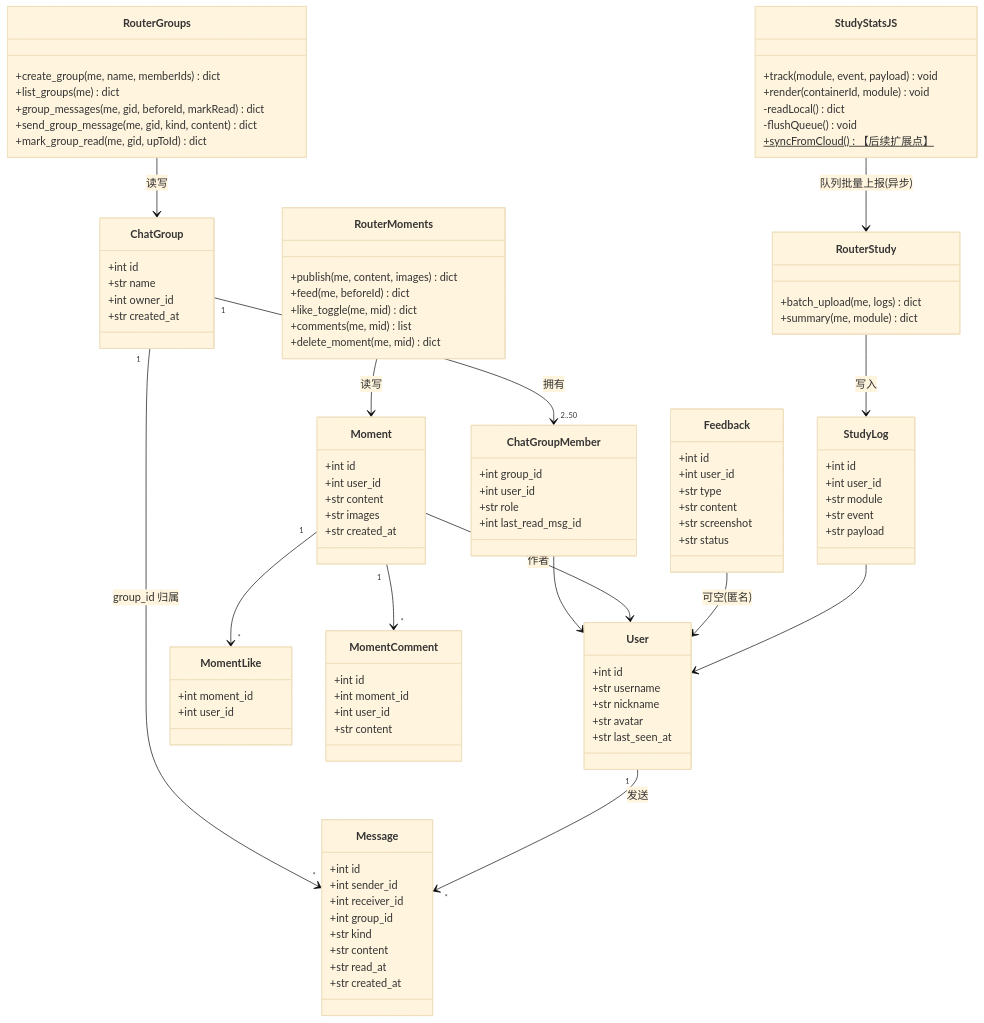
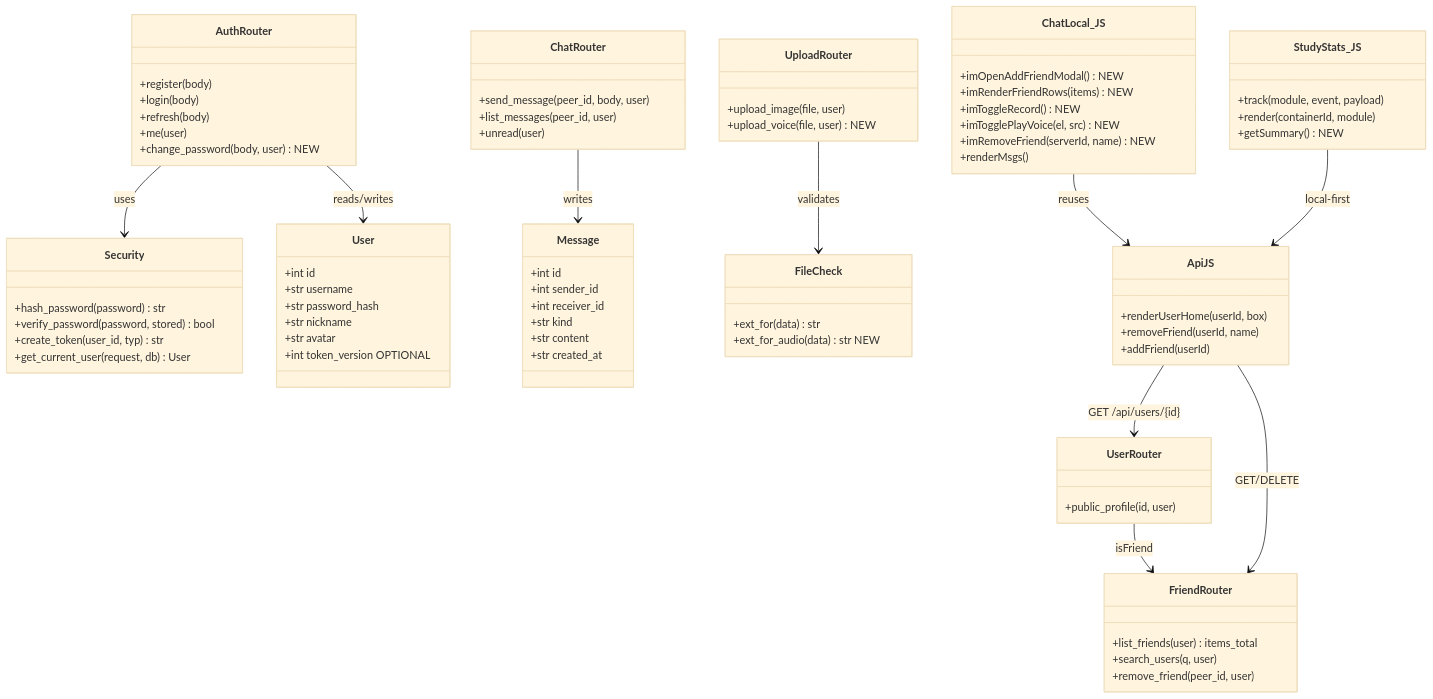
Before and after one commit to Li-jiu0/study-workbench: the diagram in docs/class-diagram.mermaid, drawn with Mermaid (base theme). The commit also changed 4 other files, not shown here.

Commit message:
docs: 归档 21 项最终需求的三份文档 —— 缺陷清单（QA 逐条复现）/增量PRD（三批次）/批次一增量架构设计（含类图·时序图更新）

```diff
--- a/docs/class-diagram.mermaid
+++ b/docs/class-diagram.mermaid
@@ -1,100 +1,78 @@
 classDiagram
+    class AuthRouter {
+        +register(body)
+        +login(body)
+        +refresh(body)
+        +me(user)
+        +change_password(body, user) NEW
+    }
+    class Security {
+        +hash_password(password) str
+        +verify_password(password, stored) bool
+        +create_token(user_id, typ) str
+        +get_current_user(request, db) User
+    }
     class User {
         +int id
         +str username
+        +str password_hash
         +str nickname
         +str avatar
-        +str last_seen_at
+        +int token_version OPTIONAL
     }
     class Message {
         +int id
         +int sender_id
         +int receiver_id
-        +int group_id
         +str kind
         +str content
-        +str read_at
         +str created_at
     }
-    class ChatGroup {
-        +int id
-        +str name
-        +int owner_id
-        +str created_at
+    class ChatRouter {
+        +send_message(peer_id, body, user)
+        +list_messages(peer_id, user)
+        +unread(user)
     }
-    class ChatGroupMember {
-        +int group_id
-        +int user_id
-        +str role
-        +int last_read_msg_id
+    class UploadRouter {
+        +upload_image(file, user)
+        +upload_voice(file, user) NEW
     }
-    class Moment {
-        +int id
-        +int user_id
-        +str content
-        +str images
-        +str created_at
+    class FileCheck {
+        +ext_for(data) str
+        +ext_for_audio(data) str NEW
     }
-    class MomentLike {
-        +int moment_id
-        +int user_id
+    class FriendRouter {
+        +list_friends(user) items_total
+        +search_users(q, user)
+        +remove_friend(peer_id, user)
     }
-    class MomentComment {
-        +int id
-        +int moment_id
-        +int user_id
-        +str content
+    class UserRouter {
+        +public_profile(id, user)
     }
-    class Feedback {
-        +int id
-        +int user_id
-        +str type
-        +str content
-        +str screenshot
-        +str status
+    class StudyStats_JS {
+        +track(module, event, payload)
+        +render(containerId, module)
+        +getSummary() NEW
     }
-    class StudyLog {
-        +int id
-        +int user_id
-        +str module
-        +str event
-        +str payload
+    class ApiJS {
+        +renderUserHome(userId, box)
+        +removeFriend(userId, name)
+        +addFriend(userId)
     }
-    class RouterGroups {
-        +create_group(me, name, memberIds) dict
-        +list_groups(me) dict
-        +group_messages(me, gid, beforeId, markRead) dict
-        +send_group_message(me, gid, kind, content) dict
-        +mark_group_read(me, gid, upToId) dict
+    class ChatLocal_JS {
+        +imOpenAddFriendModal() NEW
+        +imRenderFriendRows(items) NEW
+        +imToggleRecord() NEW
+        +imTogglePlayVoice(el, src) NEW
+        +imRemoveFriend(serverId, name) NEW
+        +renderMsgs()
     }
-    class RouterMoments {
-        +publish(me, content, images) dict
-        +feed(me, beforeId) dict
-        +like_toggle(me, mid) dict
-        +comments(me, mid) list
-        +delete_moment(me, mid) dict
-    }
-    class RouterStudy {
-        +batch_upload(me, logs) dict
-        +summary(me, module) dict
-    }
-    class StudyStatsJS {
-        +track(module, event, payload) void
-        +render(containerId, module) void
-        -readLocal() dict
-        -flushQueue() void
-        +syncFromCloud()$ 【后续扩展点】
-    }
-    ChatGroup "1" --> "2..50" ChatGroupMember : 拥有
-    ChatGroupMember --> User
-    ChatGroup "1" --> "*" Message : group_id 归属
-    User "1" --> "*" Message : 发送
-    Moment --> User : 作者
-    Moment "1" --> "*" MomentLike
-    Moment "1" --> "*" MomentComment
-    Feedback --> User : 可空(匿名)
-    StudyLog --> User
-    RouterGroups --> ChatGroup : 读写
-    RouterMoments --> Moment : 读写
-    RouterStudy --> StudyLog : 写入
-    StudyStatsJS --> RouterStudy : 队列批量上报(异步)
+    AuthRouter --> Security : uses
+    AuthRouter --> User : reads/writes
+    ChatRouter --> Message : writes
+    UploadRouter --> FileCheck : validates
+    UserRouter --> FriendRouter : isFriend
+    ApiJS --> UserRouter : GET /api/users/{id}
+    ApiJS --> FriendRouter : GET/DELETE
+    ChatLocal_JS --> ApiJS : reuses
+    StudyStats_JS --> ApiJS : local-first
```
